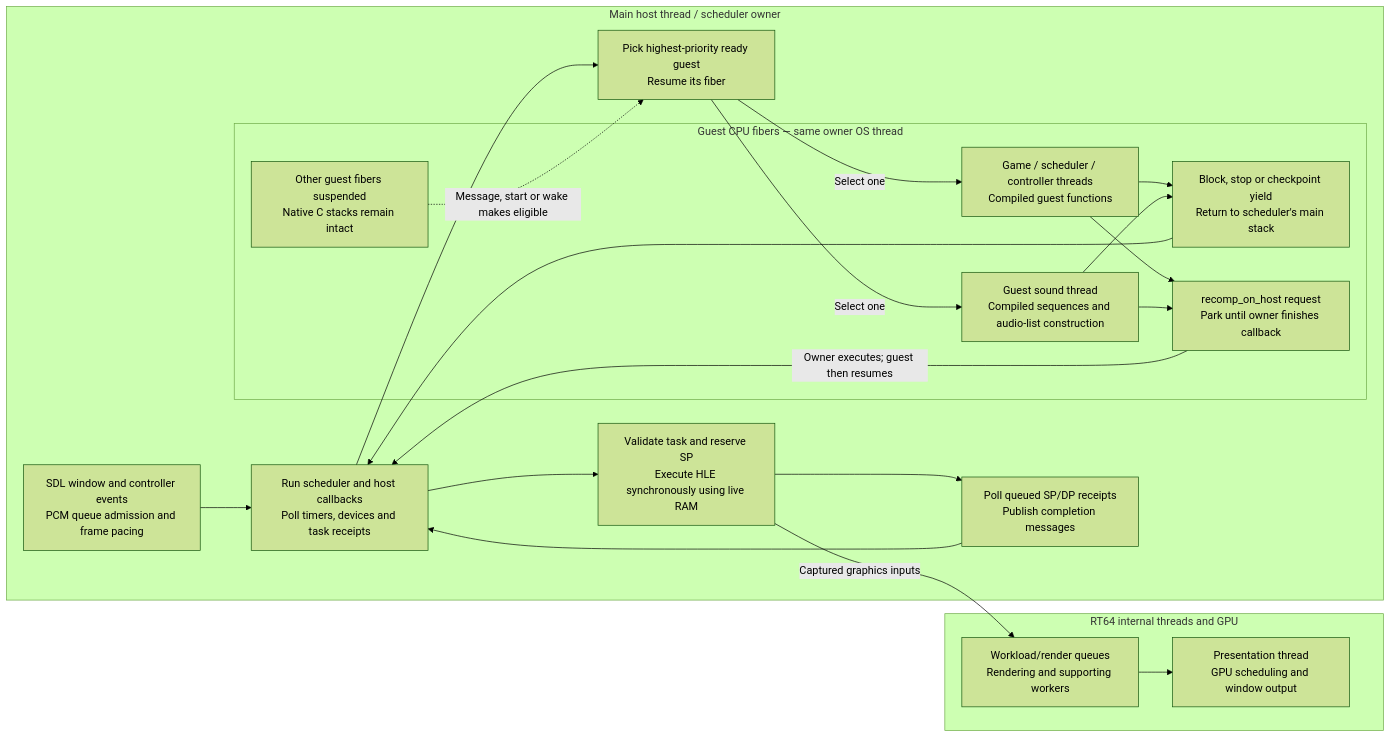
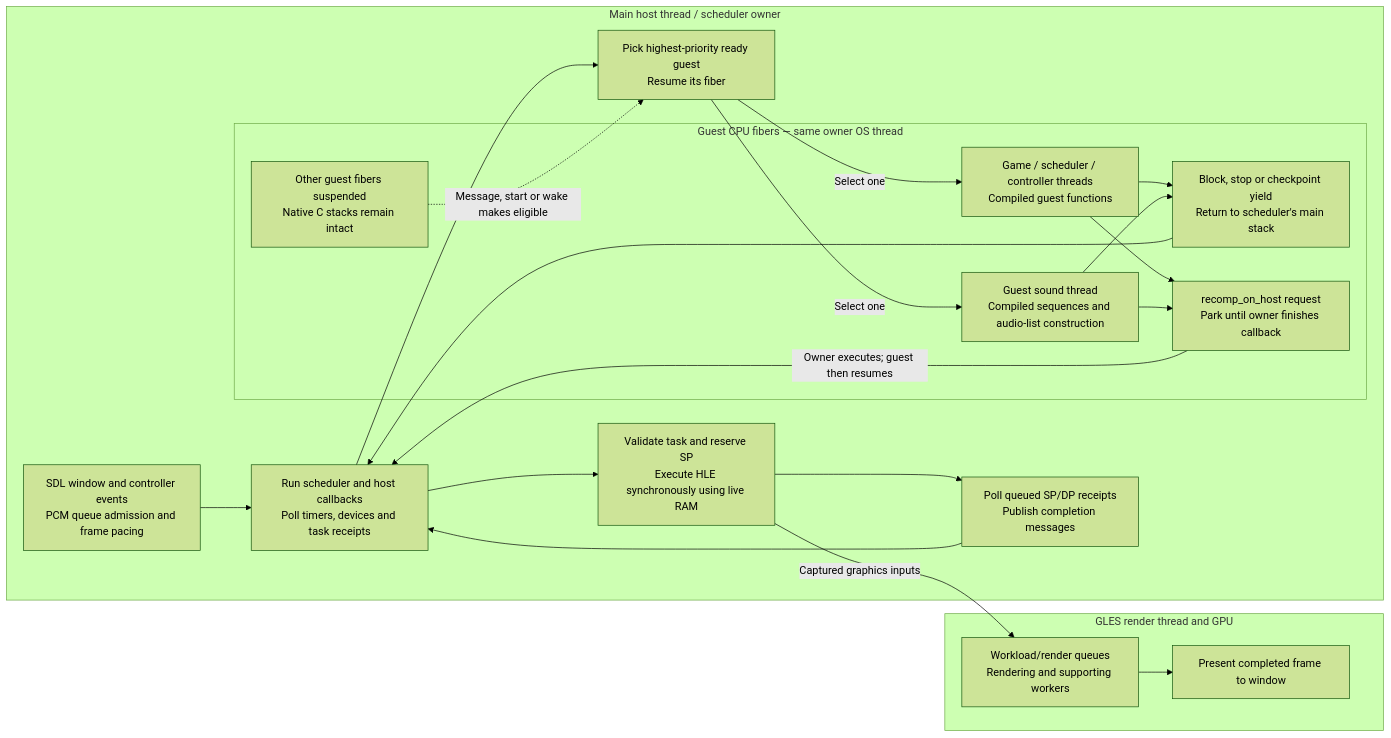
The fourth of 6 diagrams in docs/process-flow.md (polaco1782/v64recomp), drawn with Mermaid (forest theme) before and after one commit. The commit also changed other lines of this file and 186 other files, not shown here.

````diff
--- a/docs/process-flow.md
+++ b/docs/process-flow.md
@@ -169,37 +166,37 @@
 ```mermaid
 flowchart LR
     subgraph Owner["Main host thread / scheduler owner"]
         SDL["SDL window and controller events<br/>PCM queue admission and frame pacing"]
         Host["Run scheduler and host callbacks<br/>Poll timers, devices and task receipts"]
         Dispatch["Pick highest-priority ready guest<br/>Resume its fiber"]
         Submit["Validate task and reserve SP<br/>Execute HLE synchronously using live RAM"]
         Commit["Poll queued SP/DP receipts<br/>Publish completion messages"]
         SDL --> Host
         Host --> Dispatch
         Host --> Submit
         Submit --> Commit
         Commit --> Host
     subgraph Guests["Guest CPU fibers — same owner OS thread"]
         Game["Game / scheduler / controller threads<br/>Compiled guest functions"]
         Sound["Guest sound thread<br/>Compiled sequences and audio-list construction"]
         Park["Other guest fibers suspended<br/>Native C stacks remain intact"]
         Return["Block, stop or checkpoint yield<br/>Return to scheduler's main stack"]
         Callback["recomp_on_host request<br/>Park until owner finishes callback"]
         Game --> Return
         Sound --> Return
         Game --> Callback
         Sound --> Callback
     end
     end
-    subgraph Renderer["RT64 internal threads and GPU"]
+    subgraph Renderer["GLES render thread and GPU"]
         Render["Workload/render queues<br/>Rendering and supporting workers"]
-        Present["Presentation thread<br/>GPU scheduling and window output"]
+        Present["Present completed frame to window"]
         Render --> Present
     end
     Dispatch -->|"Select one"| Game
     Dispatch -->|"Select one"| Sound
     Return --> Host
     Callback -->|"Owner executes; guest then resumes"| Host
     Submit -->|"Captured graphics inputs"| Render
     Park -. "Message, start or wake makes eligible" .-> Dispatch
 ```
````
